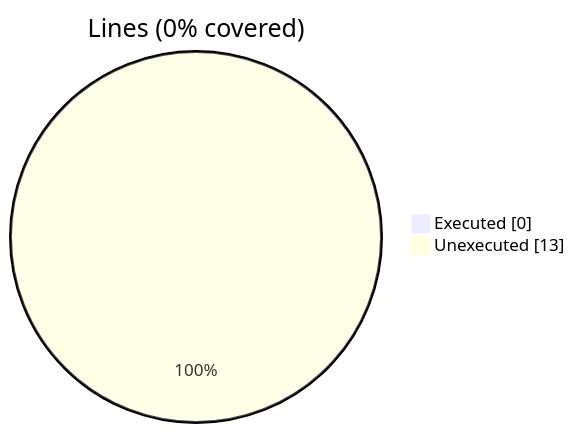
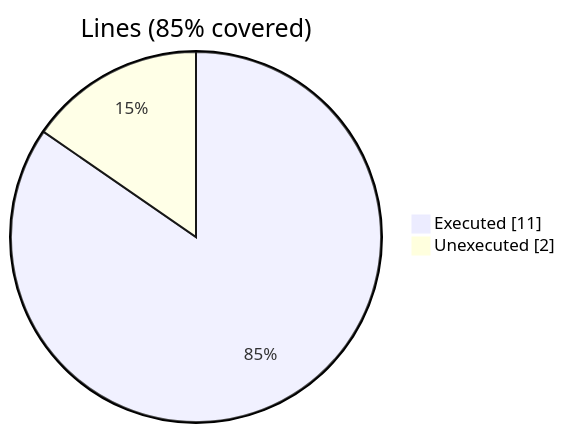
Before and after one commit to szaghi/VTKFortran: the first of 2 diagrams in docs/guide/vtk_fortran_pvtk_file.f90.gcov.md, drawn with Mermaid. The commit also changed other lines of this file and 9 other files, not shown here.

````diff
--- a/docs/guide/vtk_fortran_pvtk_file.f90.gcov.md
+++ b/docs/guide/vtk_fortran_pvtk_file.f90.gcov.md
@@ -10,6 +10,6 @@
 ```mermaid
 pie showData
-    title Lines (0% covered)
-    "Executed" : 0
-    "Unexecuted" : 13
+    title Lines (85% covered)
+    "Executed" : 11
+    "Unexecuted" : 2
 ```
````
